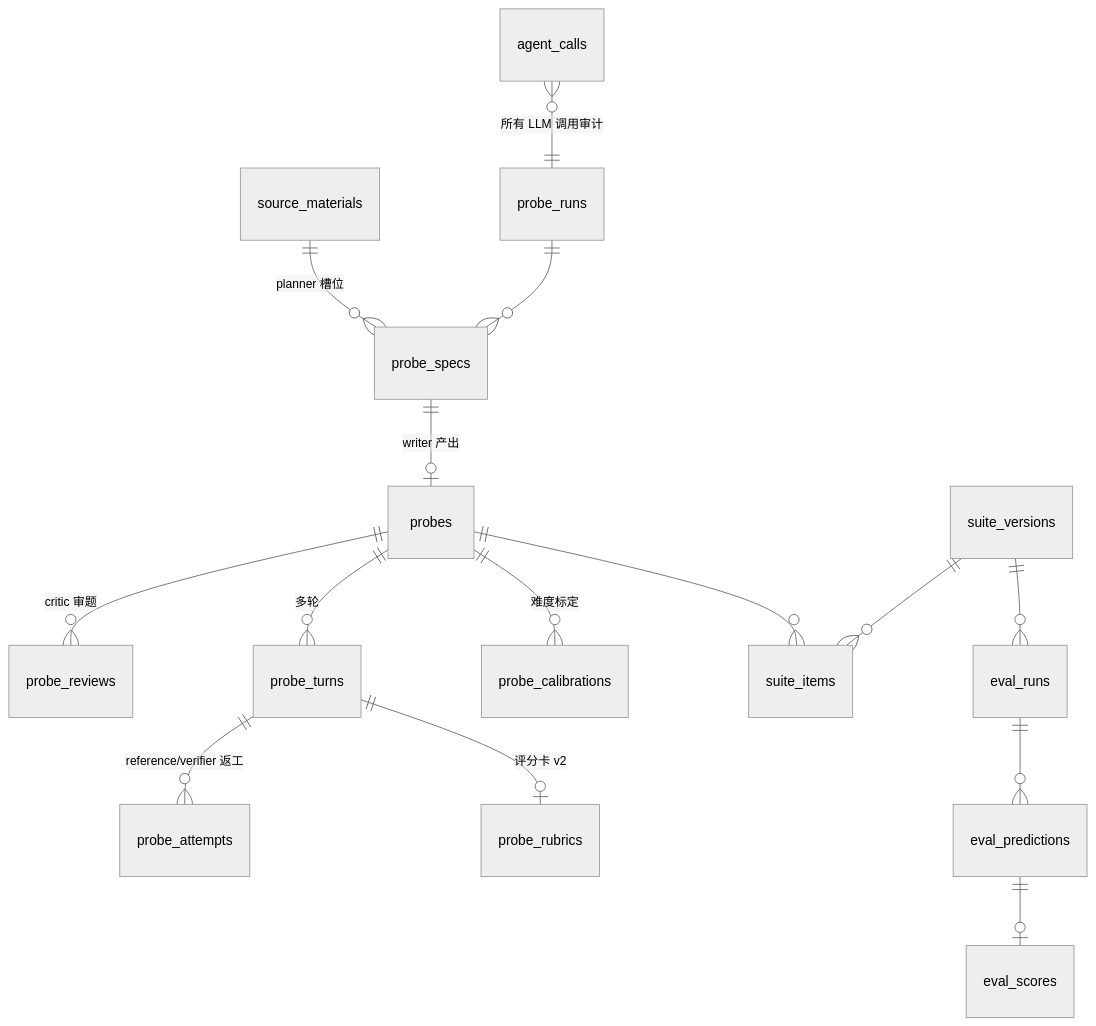
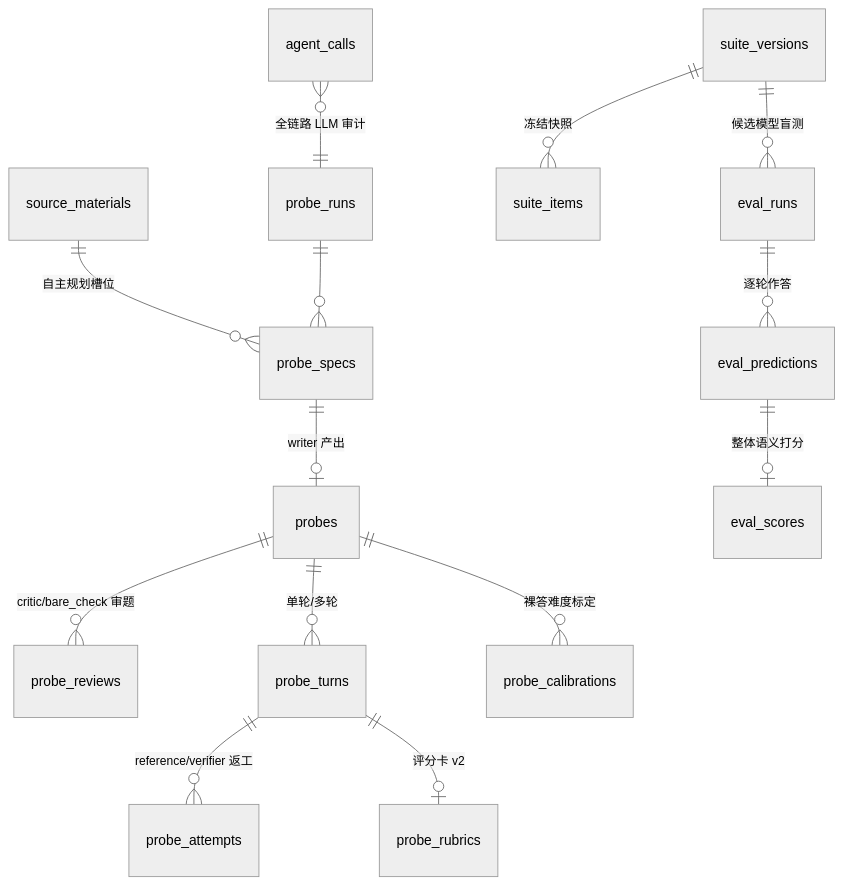
The third of 3 diagrams in docs/eval-probe-pipeline.md (chosenecho/pi-posttrain-loop), drawn with Mermaid (neutral theme) before and after one commit. The commit also changed other lines of this file and 8 other files, not shown here.

````diff
--- a/docs/eval-probe-pipeline.md
+++ b/docs/eval-probe-pipeline.md
@@ -180,17 +179,16 @@
 ```mermaid
 erDiagram
-  source_materials ||--o{ probe_specs : "planner 槽位"
+  source_materials ||--o{ probe_specs : "自主规划槽位"
   probe_runs ||--o{ probe_specs : ""
   probe_specs ||--o| probes : "writer 产出"
-  probes ||--o{ probe_reviews : "critic 审题"
-  probes ||--o{ probe_turns : "多轮"
+  probes ||--o{ probe_reviews : "critic/bare_check 审题"
+  probes ||--o{ probe_turns : "单轮/多轮"
   probe_turns ||--o{ probe_attempts : "reference/verifier 返工"
   probe_turns ||--o| probe_rubrics : "评分卡 v2"
-  probes ||--o{ probe_calibrations : "难度标定"
-  suite_versions ||--o{ suite_items : ""
-  probes ||--o{ suite_items : ""
-  suite_versions ||--o{ eval_runs : ""
-  eval_runs ||--o{ eval_predictions : ""
-  eval_predictions ||--o| eval_scores : ""
-  agent_calls }o--|| probe_runs : "所有 LLM 调用审计"
+  probes ||--o{ probe_calibrations : "裸答难度标定"
+  suite_versions ||--o{ suite_items : "冻结快照"
+  suite_versions ||--o{ eval_runs : "候选模型盲测"
+  eval_runs ||--o{ eval_predictions : "逐轮作答"
+  eval_predictions ||--o| eval_scores : "整体语义打分"
+  agent_calls }o--|| probe_runs : "全链路 LLM 审计"
 ```
````
